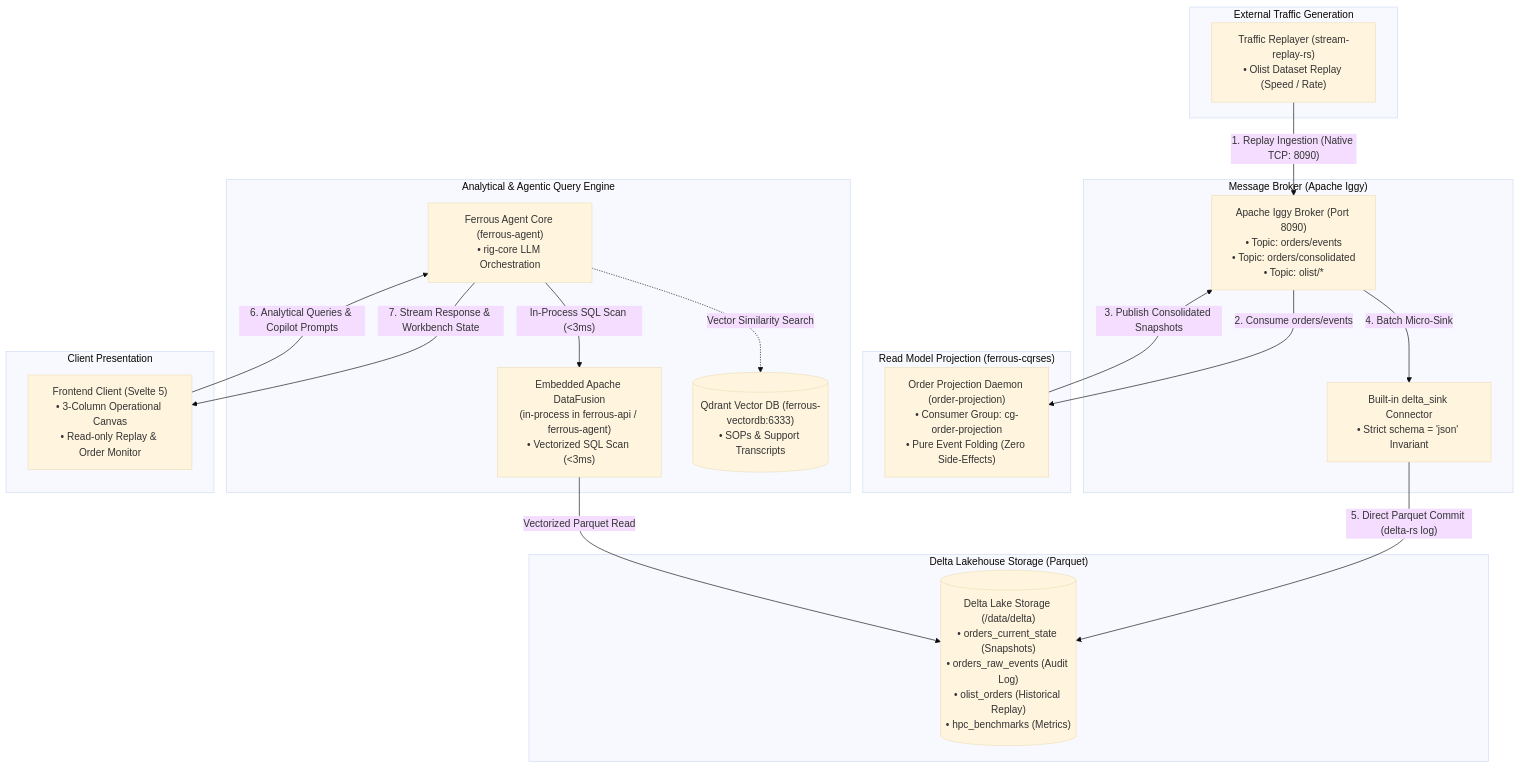
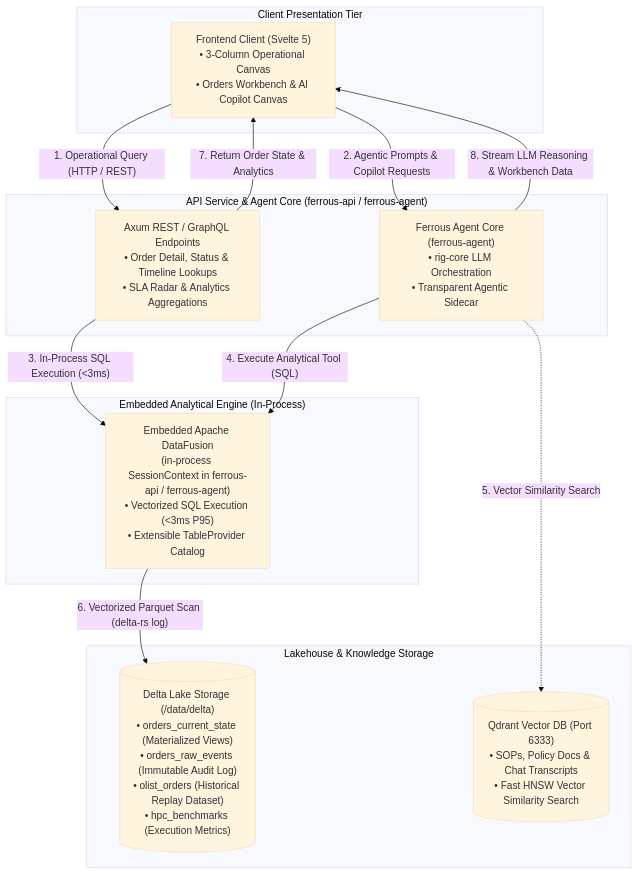
Before and after one commit to reidlai/ferrous-cx: the second of 2 diagrams in README.md, drawn with Mermaid (base theme). The commit also changed other lines of this file, not shown here.

Commit message:
docs(architecture): integrate delta-rs projection in write flow and streamline read flow query path

````diff
--- a/README.md
+++ b/README.md
@@ -114,43 +125,40 @@
 ```mermaid
 flowchart TD
-    subgraph Traffic_Simulation ["External Traffic Generation"]
-        Replayer["Traffic Replayer (stream-replay-rs)<br/>• Olist Dataset Replay (Speed / Rate)"]
+    subgraph Frontend_Read ["Client Presentation Tier"]
+        ClientUI["Frontend Client (Svelte 5)<br/>• 3-Column Operational Canvas<br/>• Orders Workbench & AI Copilot Canvas"]
     end
 
-    subgraph Streaming_Bus ["Message Broker (Apache Iggy)"]
-        IggyEvents["Apache Iggy Broker (Port 8090)<br/>• Topic: orders/events<br/>• Topic: orders/consolidated<br/>• Topic: olist/*"]
-        DeltaSink["Built-in delta_sink Connector<br/>• Strict schema = 'json' Invariant"]
+    subgraph API_and_Agent_Tier ["API Service & Agent Core (ferrous-api / ferrous-agent)"]
+        ApiQuery["Axum REST / GraphQL Endpoints<br/>• Order Detail, Status & Timeline Lookups<br/>• SLA Radar & Analytics Aggregations"]
+        AgentCore["Ferrous Agent Core (ferrous-agent)<br/>• rig-core LLM Orchestration<br/>• Transparent Agentic Sidecar"]
     end
 
-    subgraph Projection_Tier ["Read Model Projection (ferrous-cqrses)"]
-        OrderProjection["Order Projection Daemon (order-projection)<br/>• Consumer Group: cg-order-projection<br/>• Pure Event Folding (Zero Side-Effects)"]
+    subgraph Query_Engine_Tier ["Embedded Analytical Engine (In-Process)"]
+        DataFusion["Embedded Apache DataFusion<br/>(in-process SessionContext in ferrous-api / ferrous-agent)<br/>• Vectorized SQL Execution (<3ms P95)<br/>• Extensible TableProvider Catalog"]
     end
 
-    subgraph Storage_Tier ["Delta Lakehouse Storage (Parquet)"]
-        DeltaLake[("Delta Lake Storage (/data/delta)<br/>• orders_current_state (Snapshots)<br/>• orders_raw_events (Audit Log)<br/>• olist_orders (Historical Replay)<br/>• hpc_benchmarks (Metrics)")]
+    subgraph Storage_Tier ["Lakehouse & Knowledge Storage"]
+        DeltaLake[("Delta Lake Storage (/data/delta)<br/>• orders_current_state (Materialized Views)<br/>• orders_raw_events (Immutable Audit Log)<br/>• olist_orders (Historical Replay Dataset)<br/>• hpc_benchmarks (Execution Metrics)")]
+        VectorDB[("Qdrant Vector DB (Port 6333)<br/>• SOPs, Policy Docs & Chat Transcripts<br/>• Fast HNSW Vector Similarity Search")]
     end
 
-    subgraph Analytics_and_AI ["Analytical & Agentic Query Engine"]
-        DataFusion["Embedded Apache DataFusion<br/>(in-process in ferrous-api / ferrous-agent)<br/>• Vectorized SQL Scan (<3ms)"]
-        VectorDB[("Qdrant Vector DB (ferrous-vectordb:6333)<br/>• SOPs & Support Transcripts")]
-        AgentCore["Ferrous Agent Core (ferrous-agent)<br/>• rig-core LLM Orchestration"]
-    end
+    Frontend_Read ~~~ API_and_Agent_Tier
+    API_and_Agent_Tier ~~~ Query_Engine_Tier
+    Query_Engine_Tier ~~~ Storage_Tier
 
-    subgraph Frontend_Read ["Client Presentation"]
-        ClientUI["Frontend Client (Svelte 5)<br/>• 3-Column Operational Canvas<br/>• Read-only Replay & Order Monitor"]
-    end
+    %% Client Ingress
+    ClientUI -->|"1. Operational Query (HTTP / REST)"| ApiQuery
+    ClientUI -->|"2. Agentic Prompts & Copilot Requests"| AgentCore
 
-    %% Replay & Projection Flow
-    Replayer -->|"1. Replay Ingestion (Native TCP: 8090)"| IggyEvents
-    IggyEvents -->|"2. Consume orders/events"| OrderProjection
-    OrderProjection -->|"3. Publish Consolidated Snapshots"| IggyEvents
-    IggyEvents -->|"4. Batch Micro-Sink"| DeltaSink
-    DeltaSink -->|"5. Direct Parquet Commit (delta-rs log)"| DeltaLake
+    %% In-Process DataFusion Execution
+    ApiQuery -->|"3. In-Process SQL Execution (<3ms)"| DataFusion
+    AgentCore -->|"4. Execute Analytical Tool (SQL)"| DataFusion
+    AgentCore -.->|"5. Vector Similarity Search"| VectorDB
 
-    %% Query & Analysis Flow
-    ClientUI -->|"6. Analytical Queries & Copilot Prompts"| AgentCore
-    AgentCore -.->|"Vector Similarity Search"| VectorDB
-    AgentCore -->|"In-Process SQL Scan (<3ms)"| DataFusion
-    DataFusion -->|"Vectorized Parquet Read"| DeltaLake
-    AgentCore -->|"7. Stream Response & Workbench State"| ClientUI
+    %% Vectorized Lakehouse Parquet Scan
+    DataFusion -->|"6. Vectorized Parquet Scan (delta-rs log)"| DeltaLake
+
+    %% Stream & Result Delivery
+    ApiQuery -->|"7. Return Order State & Analytics"| ClientUI
+    AgentCore -->|"8. Stream LLM Reasoning & Workbench Data"| ClientUI
 ```
````
